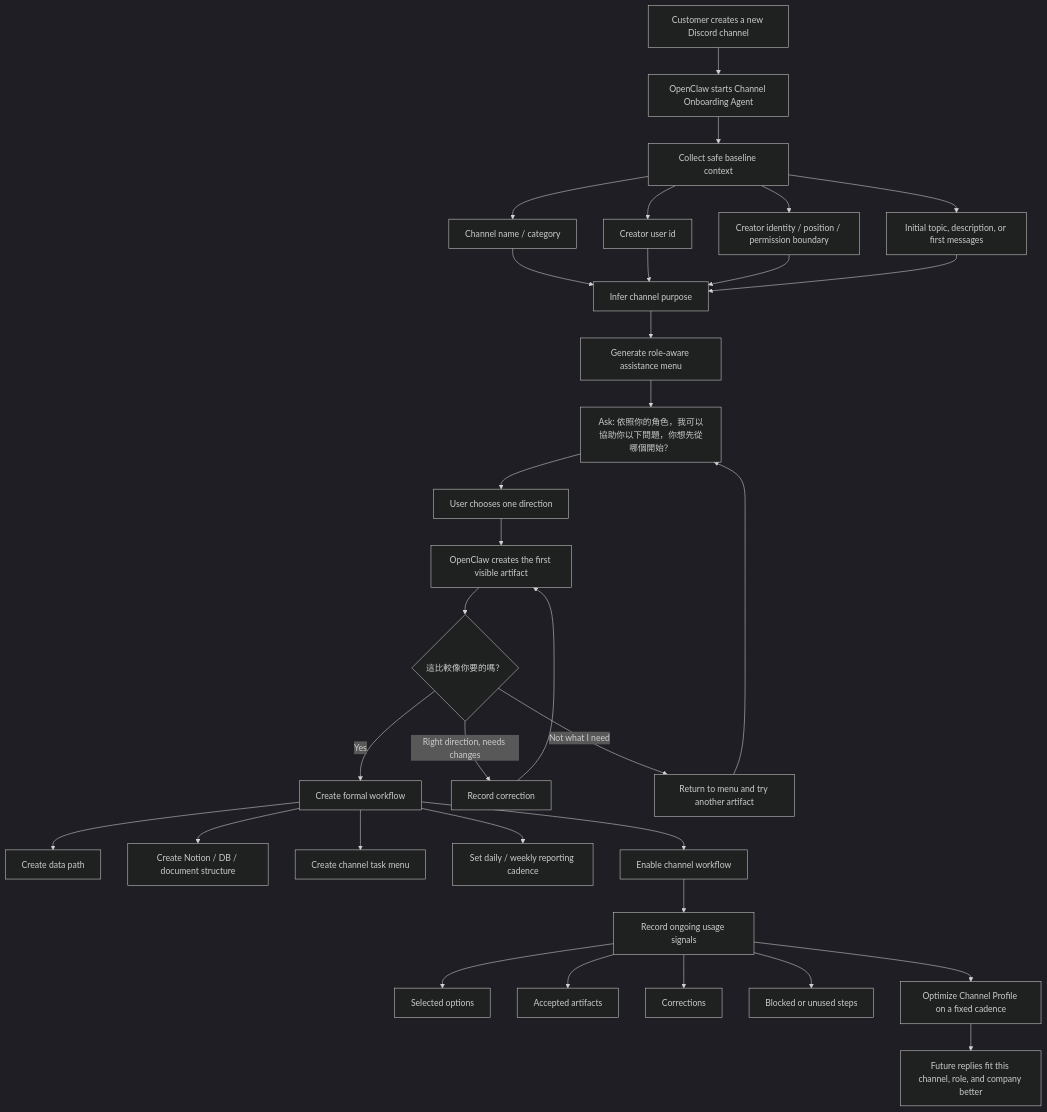
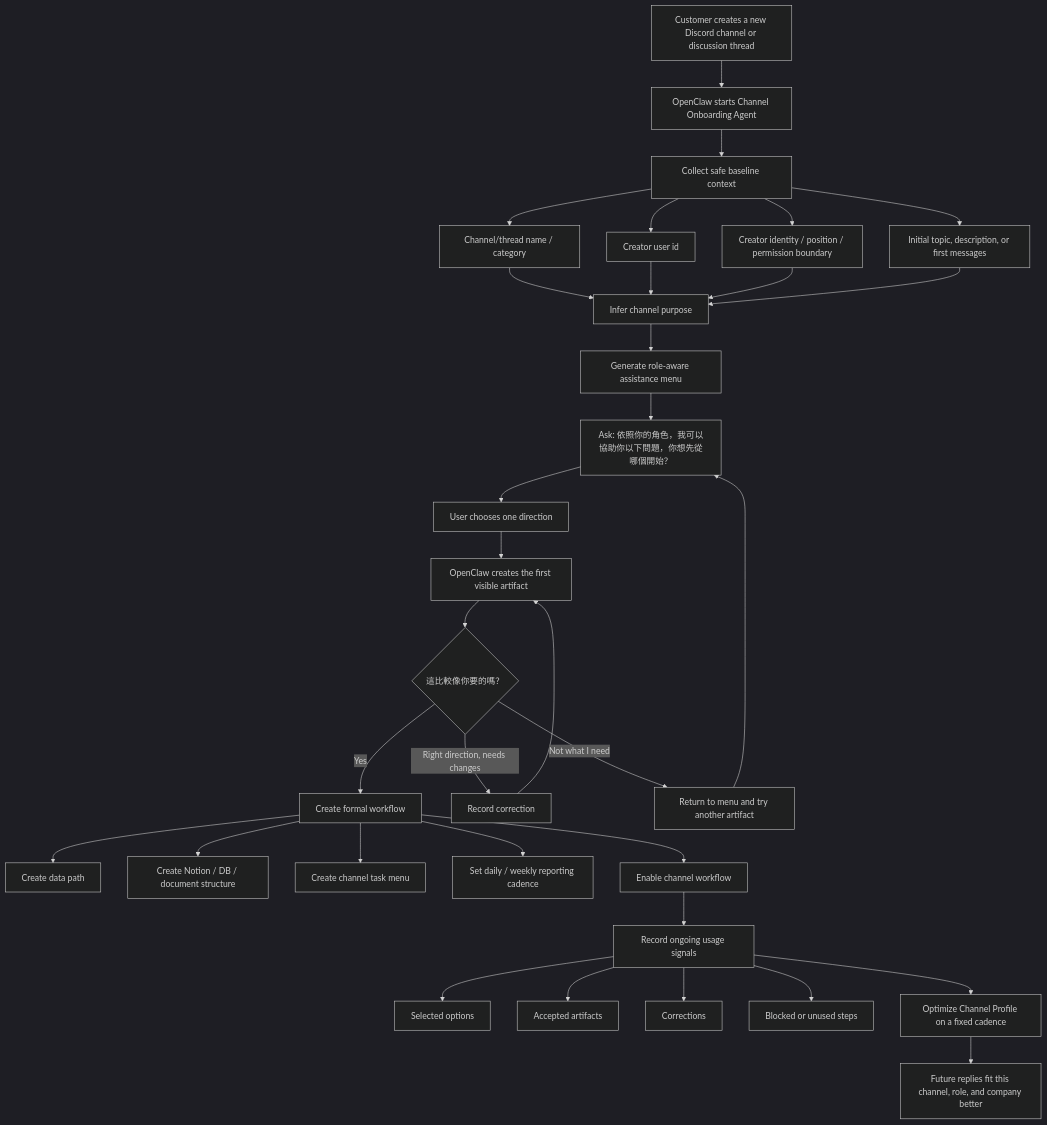
Before and after one commit to JasperYang0609/company-adaptive-openclaw: the diagram in docs/channel_onboarding_agent.md, drawn with Mermaid (dark theme). The commit also changed other lines of this file and 12 other files, not shown here.

Commit message:
Support thread onboarding profiles

````diff
--- a/docs/channel_onboarding_agent.md
+++ b/docs/channel_onboarding_agent.md
@@ -62,45 +62,45 @@
 ```mermaid
 flowchart TD
-  A[Customer creates a new Discord channel] --> B[OpenClaw starts Channel Onboarding Agent]
+  A[Customer creates a new Discord channel or discussion thread] --> B[OpenClaw starts Channel Onboarding Agent]
 
   B --> C[Collect safe baseline context]
-  C --> C1[Channel name / category]
+  C --> C1[Channel/thread name / category]
   C --> C2[Creator user id]
   C --> C3[Creator identity / position / permission boundary]
   C --> C4[Initial topic, description, or first messages]
 
   C1 --> D[Infer channel purpose]
   C2 --> D
   C3 --> D
   C4 --> D
 
   D --> E[Generate role-aware assistance menu]
   E --> F[Ask: 依照你的角色，我可以協助你以下問題，你想先從哪個開始？]
 
   F --> G[User chooses one direction]
   G --> H[OpenClaw creates the first visible artifact]
 
   H --> I{這比較像你要的嗎？}
 
   I -->|Yes| J[Create formal workflow]
   J --> J1[Create data path]
   J --> J2[Create Notion / DB / document structure]
   J --> J3[Create channel task menu]
   J --> J4[Set daily / weekly reporting cadence]
 
   I -->|Right direction, needs changes| K[Record correction]
   K --> H
 
   I -->|Not what I need| L[Return to menu and try another artifact]
   L --> F
 
   J --> M[Enable channel workflow]
   M --> N[Record ongoing usage signals]
   N --> N1[Selected options]
   N --> N2[Accepted artifacts]
   N --> N3[Corrections]
   N --> N4[Blocked or unused steps]
 
   N --> O[Optimize Channel Profile on a fixed cadence]
   O --> P[Future replies fit this channel, role, and company better]
 ```
````
